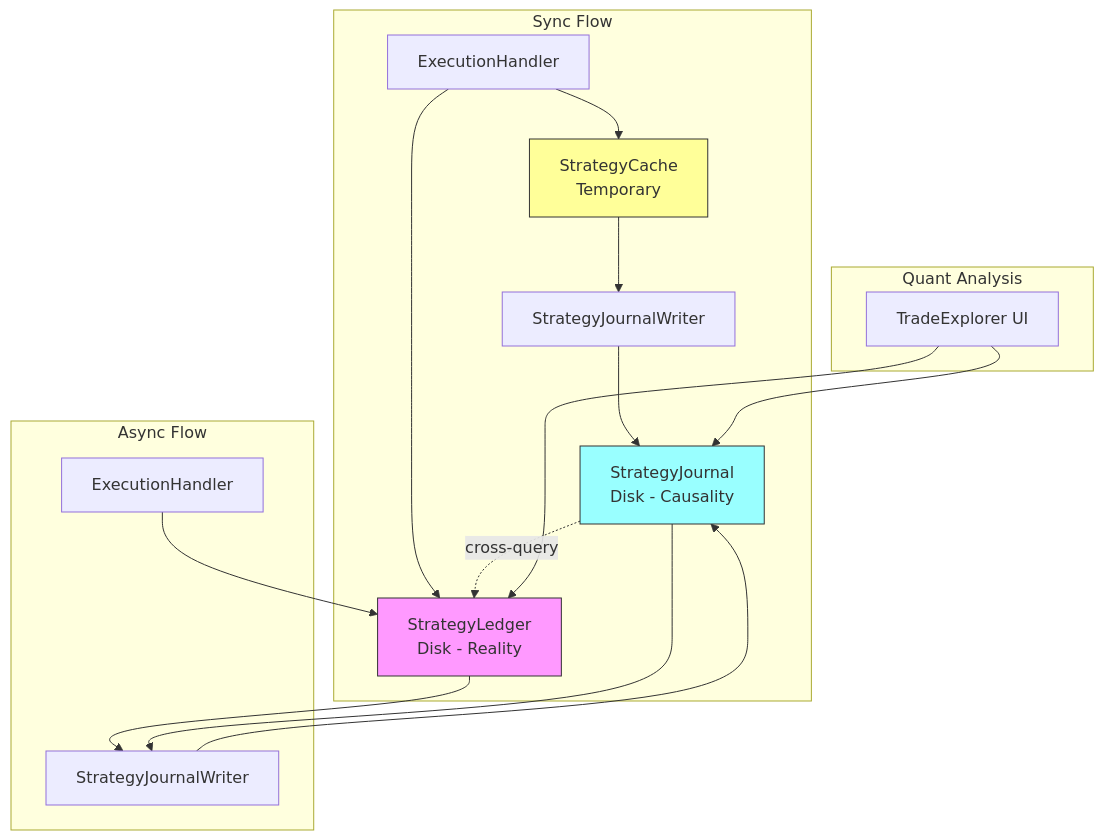
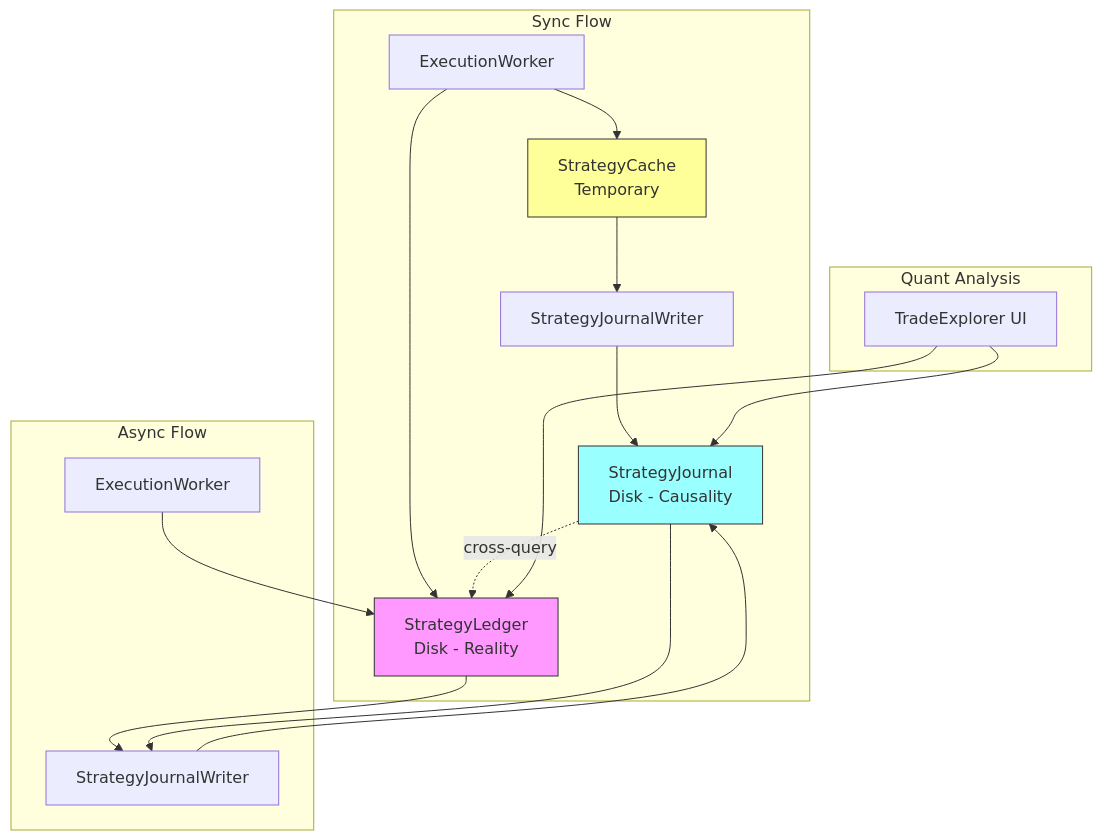
The third of 3 diagrams in docs/architecture/EXECUTION_FLOW.md (MikeyVK/S1mpleTraderV3), drawn with Mermaid before and after one commit. The commit also changed other lines of this file, not shown here.

First line of the commit message:
docs: revise EXECUTION_FLOW.md v2.0 - ExecutionHandler→ExecutionWorker

````diff
--- a/docs/architecture/EXECUTION_FLOW.md
+++ b/docs/architecture/EXECUTION_FLOW.md
@@ -244,26 +261,26 @@
 ```mermaid
 graph TB
     subgraph "Sync Flow"
-        EH1[ExecutionHandler] --> SC[StrategyCache<br/>Temporary]
-        EH1 --> SL[StrategyLedger<br/>Disk - Reality]
+        EW1[ExecutionWorker] --> SC[StrategyCache<br/>Temporary]
+        EW1 --> SL[StrategyLedger<br/>Disk - Reality]
         SC --> SJ1[StrategyJournalWriter]
         SJ1 --> SJDB[StrategyJournal<br/>Disk - Causality]
     end
     
     subgraph "Async Flow"
-        EH2[ExecutionHandler] --> SL
+        EW2[ExecutionWorker] --> SL
         SL --> SJ2[StrategyJournalWriter]
         SJ2 --> SJDB
         SJDB --> SJ2
     end
     
     subgraph "Quant Analysis"
         SJDB -.cross-query.-> SL
         Q[TradeExplorer UI] --> SJDB
         Q --> SL
     end
     
     style SL fill:#f9f,stroke:#333
     style SJDB fill:#9ff,stroke:#333
     style SC fill:#ff9,stroke:#333
 ```
````
